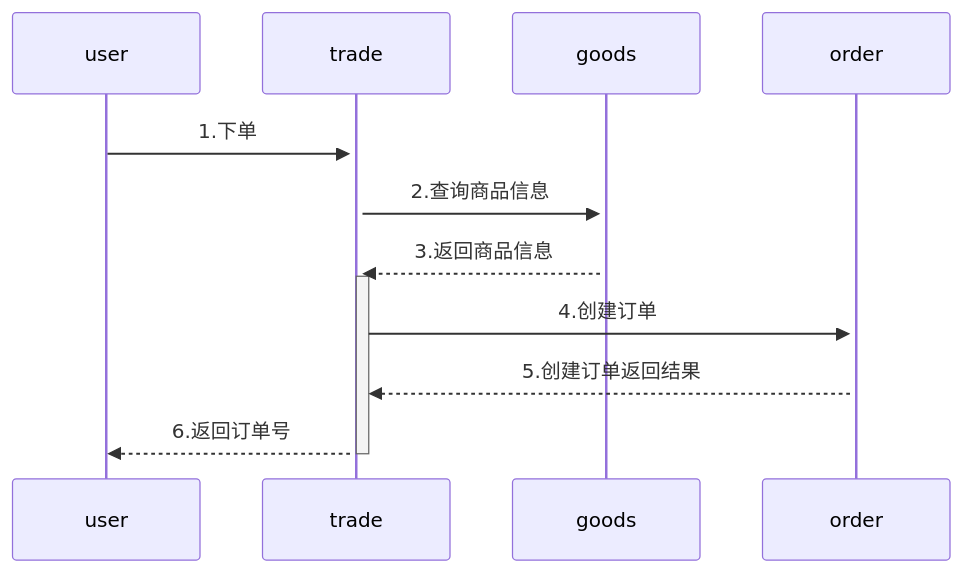
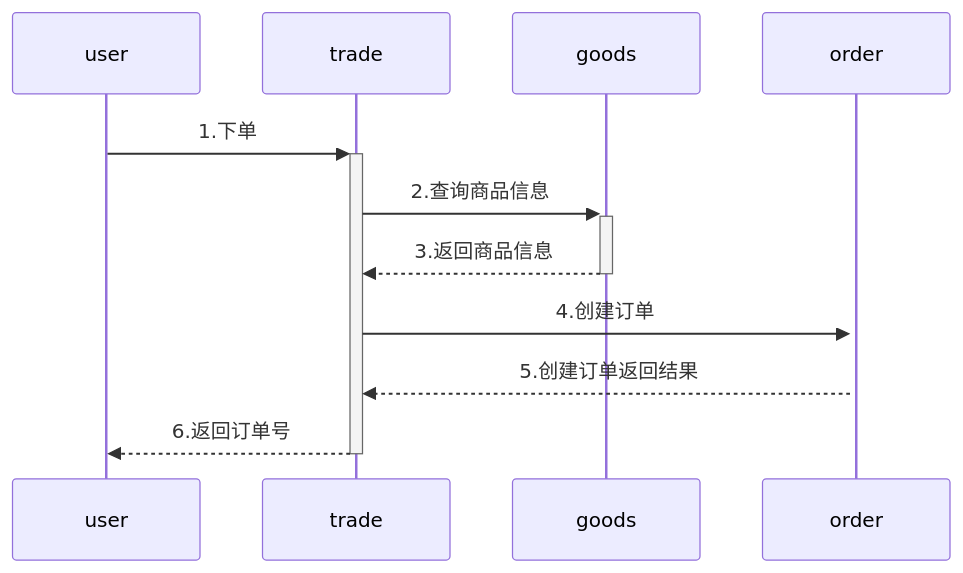
The diagram in all/未命名-6.md (yingjianzh/iodraw-files), drawn with Mermaid before and after one commit.

Commit message:
2024-08-19 15:23:02 update

````diff
--- a/all/未命名-6.md
+++ b/all/未命名-6.md
@@ -1,9 +1,9 @@
 ```mermaid
 sequenceDiagram
     user->>+trade: 1.下单
     trade->>+goods: 2.查询商品信息
-    goods-->>+trade: 3.返回商品信息
+    goods-->>-trade: 3.返回商品信息
     trade->>+order: 4.创建订单
     order-->>trade: 5.创建订单返回结果
     trade-->>-user: 6.返回订单号
 ```
````
